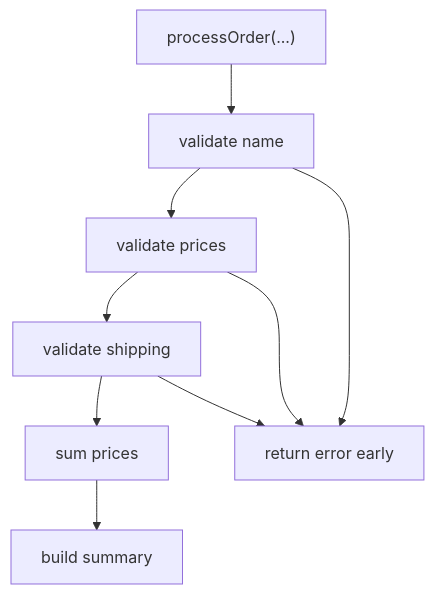
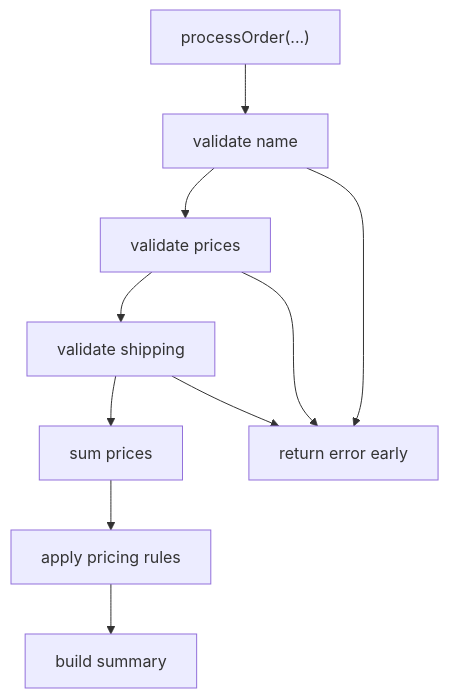
The diagram in 03-functions-errors/7-order-summary/README.md (swe-labs/the-go-engineer), drawn with Mermaid before and after one commit. The commit also changed other lines of this file and 3 other files, not shown here.

````diff
--- a/03-functions-errors/7-order-summary/README.md
+++ b/03-functions-errors/7-order-summary/README.md
@@ -29,11 +32,12 @@
 ```mermaid
 graph TD
     A["processOrder(...)"] --> B["validate name"]
     B --> C["validate prices"]
     C --> D["validate shipping"]
     D --> E["sum prices"]
-    E --> F["build summary"]
-    B --> G["return error early"]
-    C --> G
-    D --> G
+    E --> F["apply pricing rules"]
+    F --> G["build summary"]
+    B --> H["return error early"]
+    C --> H
+    D --> H
 ```
````
